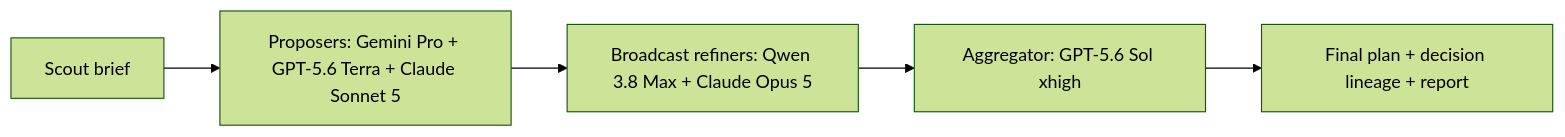
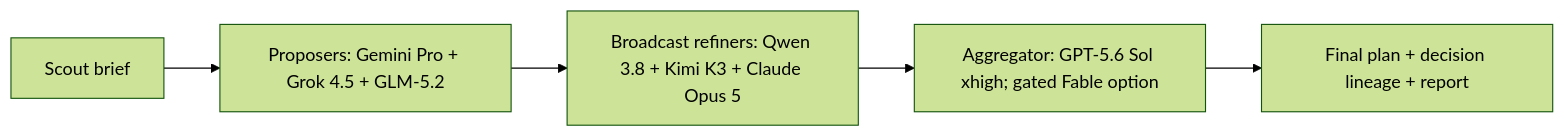
The diagram in README.md (drivelineresearch/moa-x), drawn with Mermaid (forest theme) before and after one commit. The commit also changed other lines of this file and 26 other files, not shown here.

````diff
--- a/README.md
+++ b/README.md
@@ -12,7 +12,7 @@
 ```mermaid
 flowchart LR
-  S["Scout brief"] --> P["Proposers: Gemini Pro + GPT-5.6 Terra + Claude Sonnet 5"]
-  P --> R["Broadcast refiners: Qwen 3.8 Max + Claude Opus 5"]
-  R --> A["Aggregator: GPT-5.6 Sol xhigh"]
+  S["Scout brief"] --> P["Proposers: Gemini Pro + Grok 4.5 + GLM-5.2"]
+  P --> R["Broadcast refiners: Qwen 3.8 + Kimi K3 + Claude Opus 5"]
+  R --> A["Aggregator: GPT-5.6 Sol xhigh; gated Fable option"]
   A --> O["Final plan + decision lineage + report"]
 ```
````
